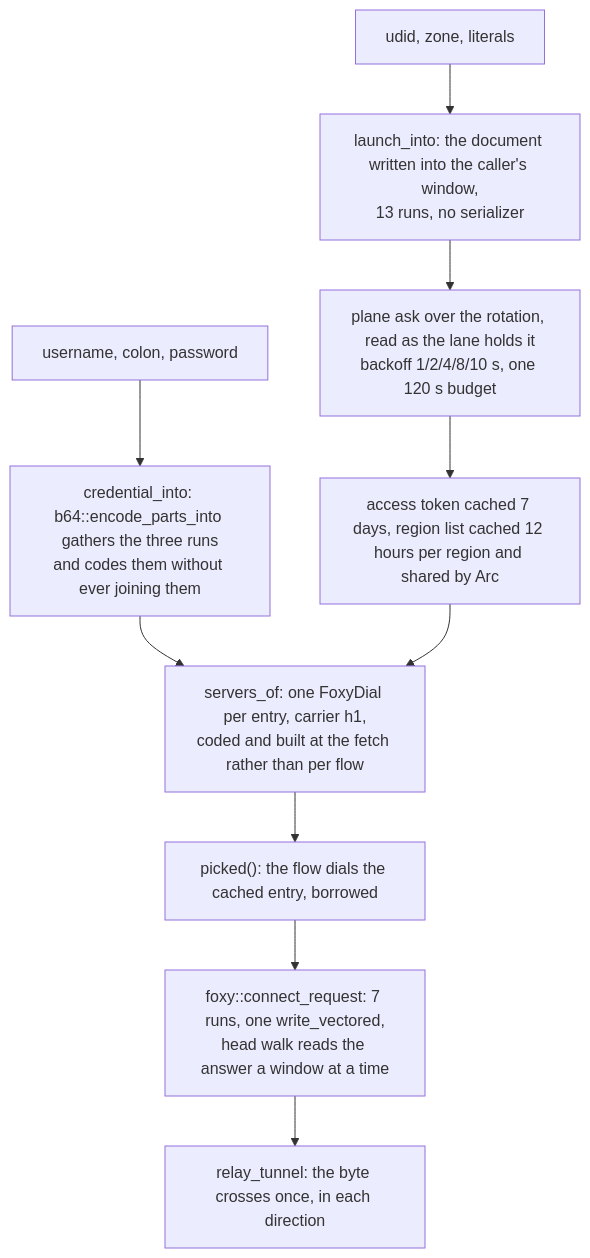
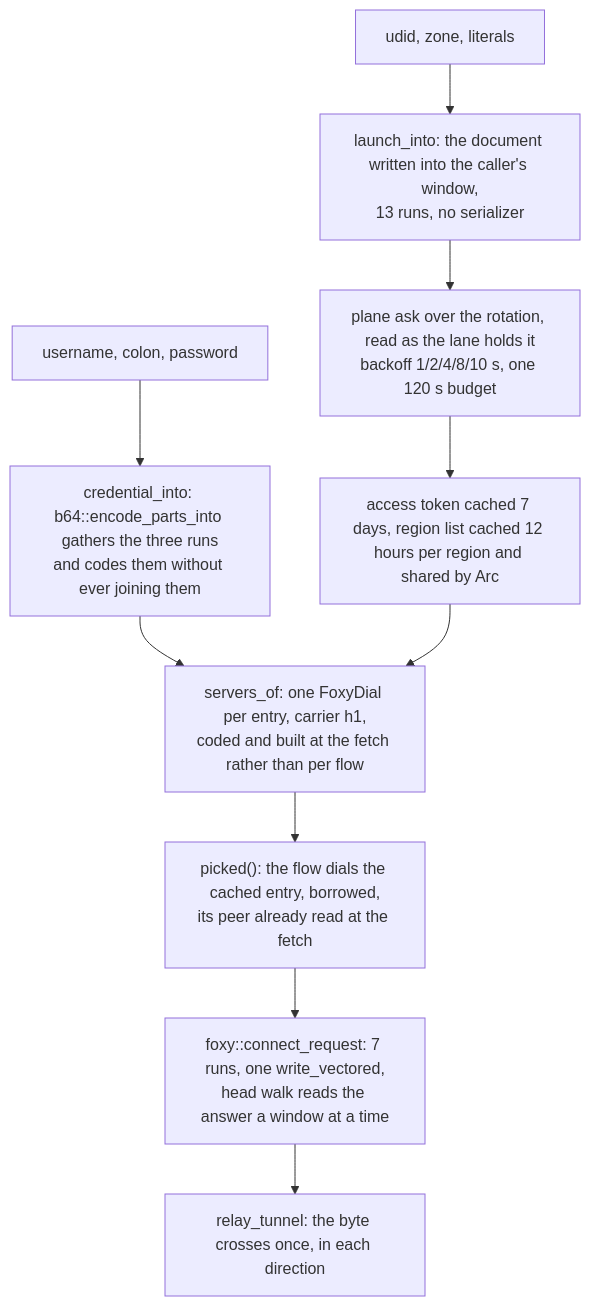
The diagram in docs/function/carrier-veepn.md (Ferrocite/ferrox), drawn with Mermaid before and after one commit. The commit also changed other lines of this file and 6 other files, not shown here.

````diff
--- a/docs/function/carrier-veepn.md
+++ b/docs/function/carrier-veepn.md
@@ -7,12 +7,12 @@
 ```mermaid
 graph TD
     A["udid, zone, literals"] --> B["launch_into: the document written into the caller's window,<br/>13 runs, no serializer"]
     C["username, colon, password"] --> D["credential_into: b64::encode_parts_into gathers the three runs<br/>and codes them without ever joining them"]
     B --> E["plane ask over the rotation, read as the lane holds it<br/>backoff 1/2/4/8/10 s, one 120 s budget"]
     E --> F["access token cached 7 days, region list cached 12 hours per region and shared by Arc"]
     D --> G["servers_of: one FoxyDial per entry, carrier h1,<br/>coded and built at the fetch rather than per flow"]
     F --> G
-    G --> P["picked(): the flow dials the cached entry, borrowed"]
+    G --> P["picked(): the flow dials the cached entry, borrowed,<br/>its peer already read at the fetch"]
     P --> H["foxy::connect_request: 7 runs, one write_vectored,<br/>head walk reads the answer a window at a time"]
     H --> I["relay_tunnel: the byte crosses once, in each direction"]
 ```
````
